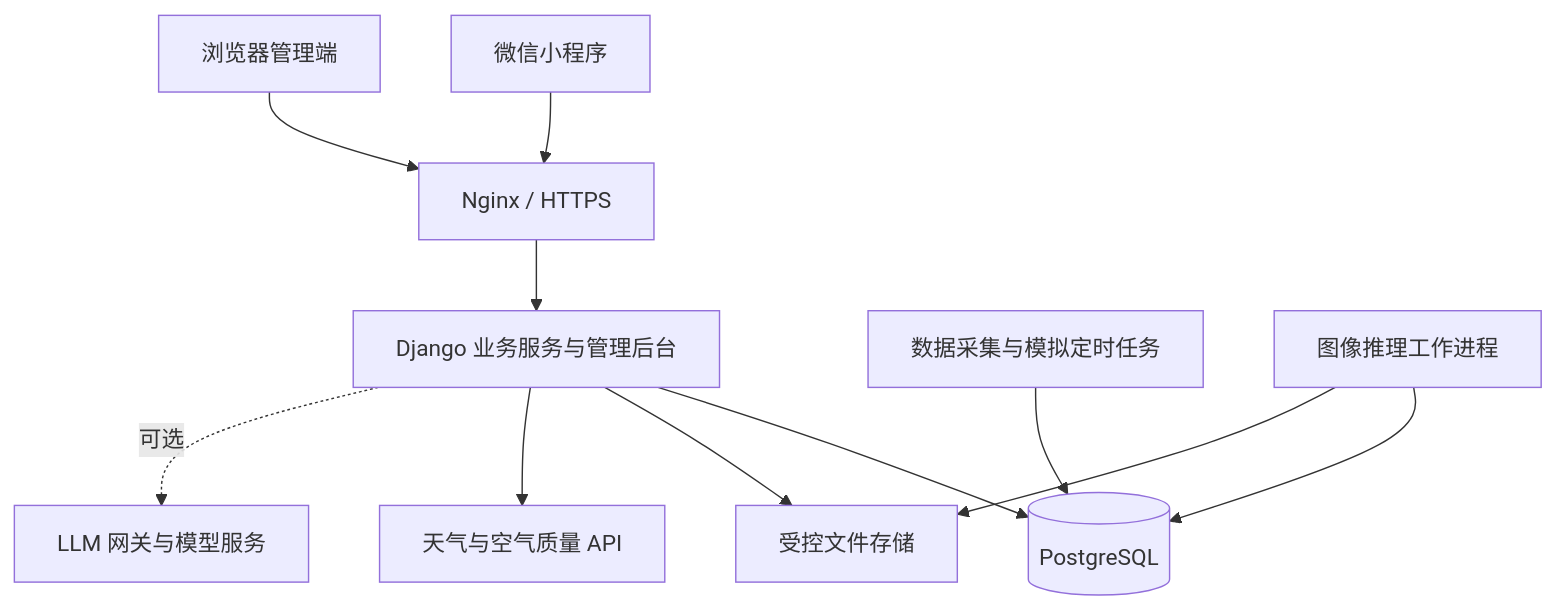
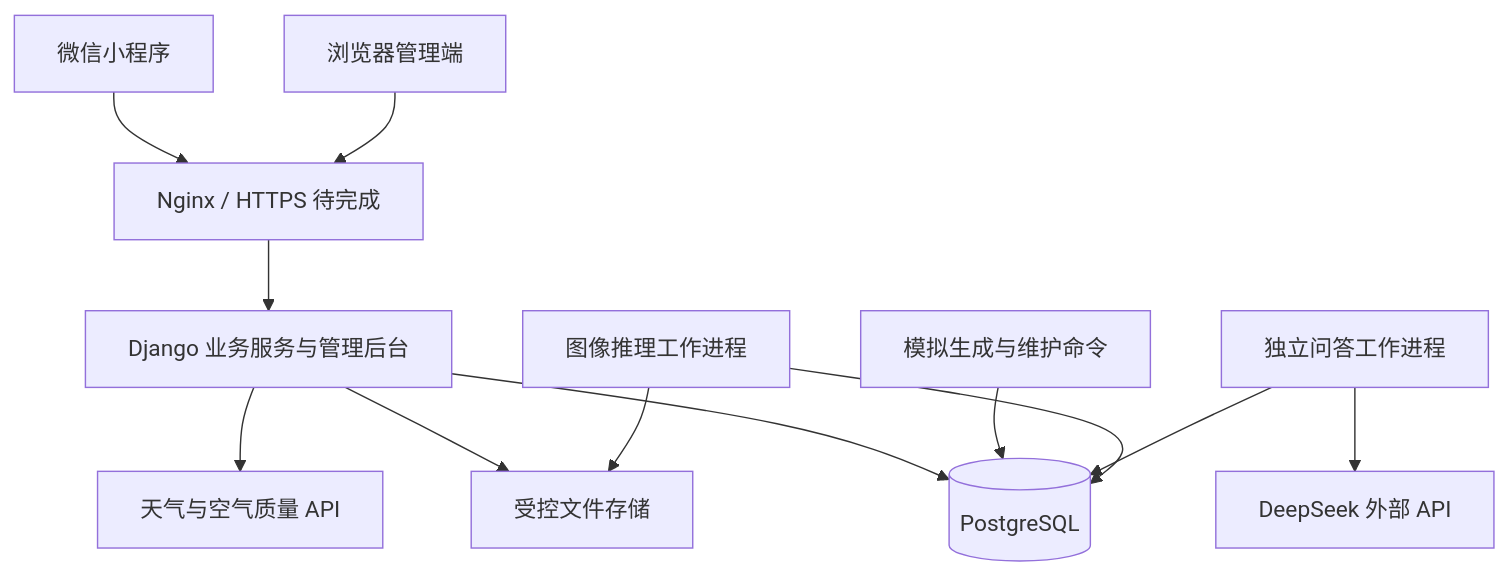
The diagram in docs/开发方案稿.md (NEAZ71eve/Intelligent-Platform-for-River-Ecological-Assessment), drawn with Mermaid before and after one commit. The commit also changed other lines of this file and 10 other files, not shown here.

````diff
--- a/docs/开发方案稿.md
+++ b/docs/开发方案稿.md
@@ -108,13 +115,14 @@
 ```mermaid
 flowchart TD
-    U[微信小程序] --> E[Nginx / HTTPS]
+    U[微信小程序] --> E[Nginx / HTTPS 待完成]
     A[浏览器管理端] --> E
     E --> B[Django 业务服务与管理后台]
     B --> D[(PostgreSQL)]
     B --> F[受控文件存储]
-    T[数据采集与模拟定时任务] --> D
+    T[模拟生成与维护命令] --> D
     W[图像推理工作进程] --> D
     W --> F
     B --> P[天气与空气质量 API]
-    B -. 可选 .-> L[LLM 网关与模型服务]
+    L[独立问答工作进程] --> D
+    L --> P2[DeepSeek 外部 API]
 ```
````
